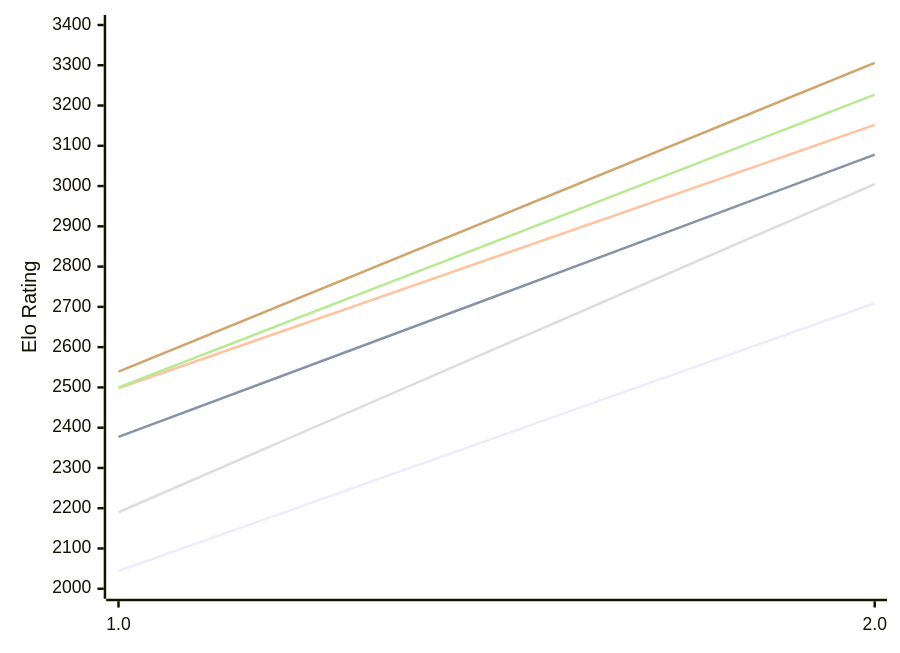
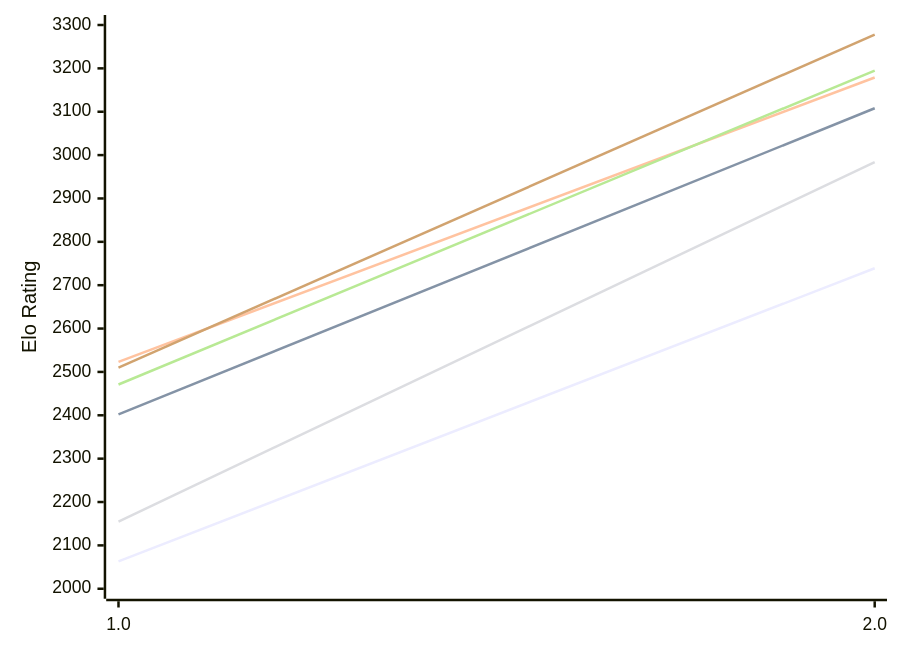
One commit to computer-chess-index/cci changed the diagram in engines/Scarlet.md. Above: the diagram before and after it, drawn with Mermaid. The commit also changed other lines of this file, not shown here.

Commit message:
Update CCI Ratings (ELO VLTC) - 2026-10-19

````diff
--- a/engines/Scarlet.md
+++ b/engines/Scarlet.md
@@ -49,12 +49,12 @@
 ```mermaid
 %%{init: {"theme":"base","themeVariables":{"seriesColors:['#a3a3a3','#222221','#faa371']}}}%%
 xychart-beta
   x-axis ["1.0", "2.0"]
-  y-axis "Elo Rating" 2000 --> 3400
-  line "E1: STC (8.0+0.08s)" [2044, 2709]
-  line "E1: LTC (60.0+0.60s)" [2377, 3078]
-  line "E1: VLTC (2m24s+1.12s)" [2498, 3152]
-  line "P1: STC (8.0+0.08s)" [2190, 3005]
-  line "P1: LTC (60.0+0.60s)" [2500, 3227]
-  line "P1: VLTC (2m24s+1.12s)" [2539, 3306]
+  y-axis "Elo Rating" 2000 --> 3300
+  line "E1: STC (8.0+0.08s)" [2063, 2739]
+  line "E1: LTC (60.0+0.60s)" [2402, 3108]
+  line "E1: VLTC (2m24s+1.12s)" [2523, 3179]
+  line "P1: STC (8.0+0.08s)" [2155, 2984]
+  line "P1: LTC (60.0+0.60s)" [2471, 3195]
+  line "P1: VLTC (2m24s+1.12s)" [2510, 3278]
 ```
````
